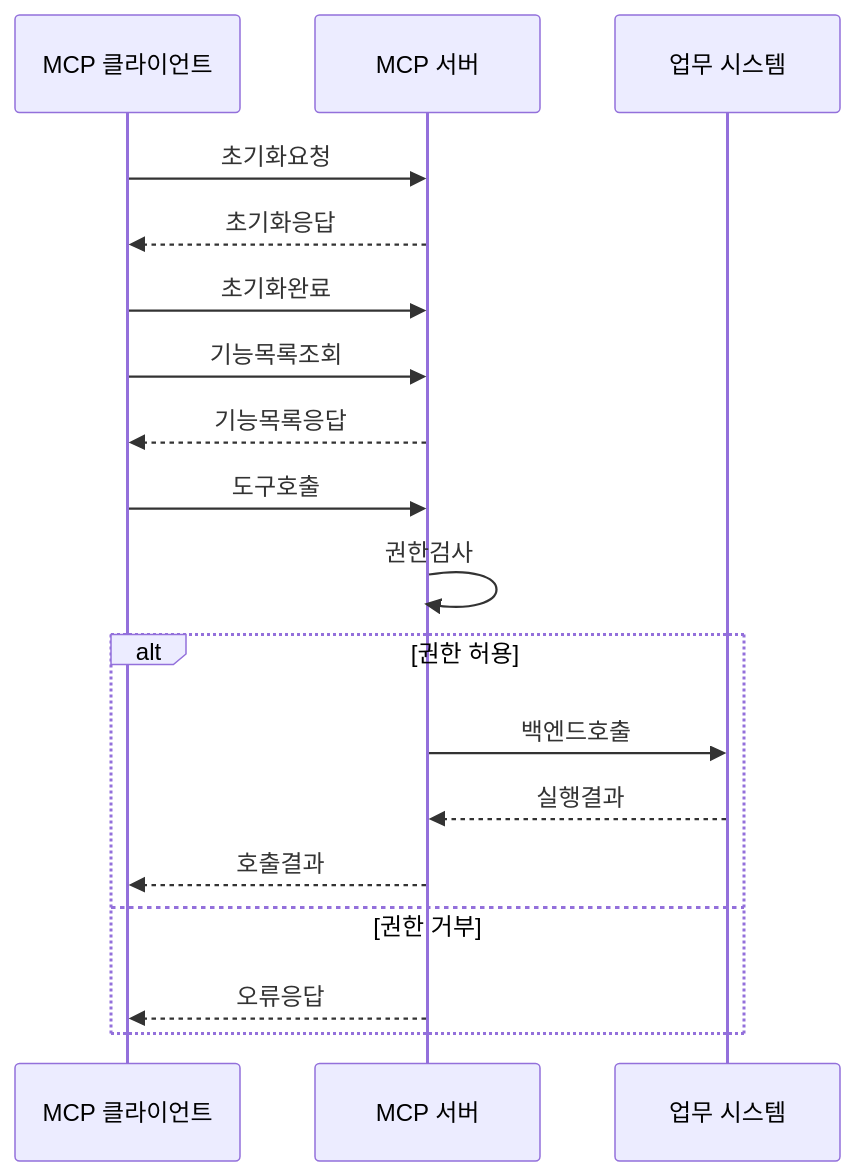
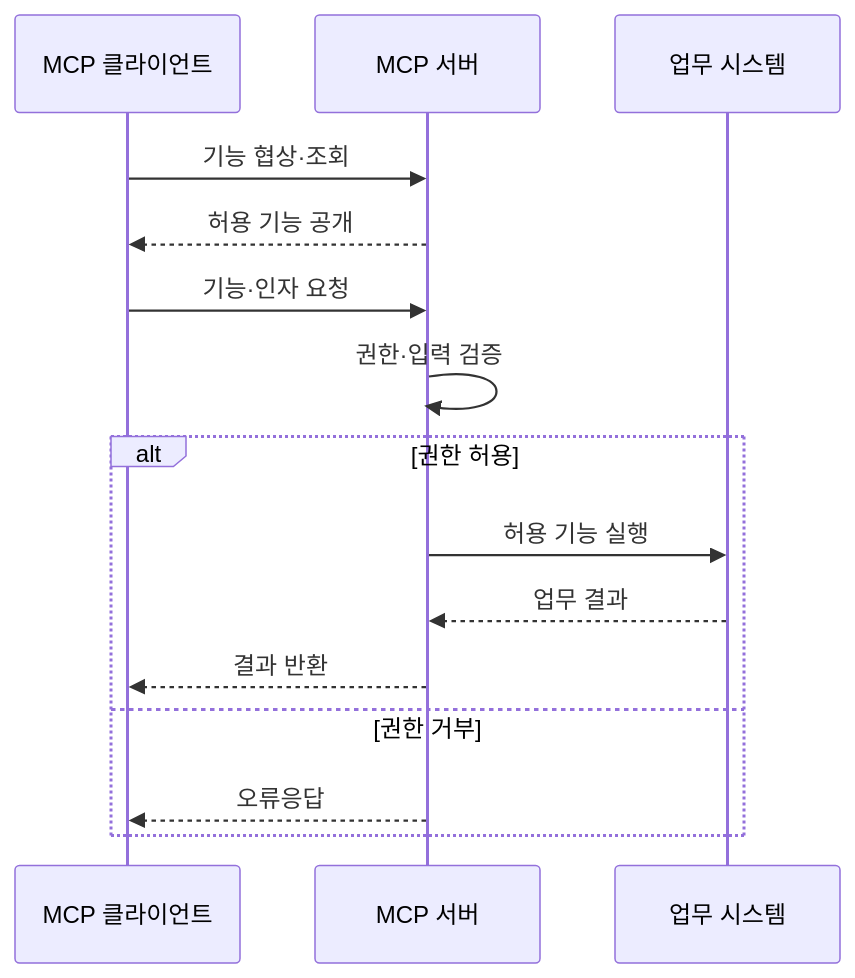
Before and after one commit to agnusdei1207/knowledge-base: the second of 2 diagrams in src/content/docs/notes/08-latest-tech/007_mcp_server.md, drawn with Mermaid. The commit also changed other lines of this file and 9 other files, not shown here.

````diff
--- a/src/content/docs/notes/08-latest-tech/007_mcp_server.md
+++ b/src/content/docs/notes/08-latest-tech/007_mcp_server.md
@@ -83,20 +83,17 @@
 ```mermaid
 sequenceDiagram
     participant C as MCP 클라이언트
     participant S as MCP 서버
     participant B as 업무 시스템
-    C->>S: 초기화요청
-    S-->>C: 초기화응답
-    C->>S: 초기화완료
-    C->>S: 기능목록조회
-    S-->>C: 기능목록응답
-    C->>S: 도구호출
-    S->>S: 권한검사
+    C->>S: 기능 협상·조회
+    S-->>C: 허용 기능 공개
+    C->>S: 기능·인자 요청
+    S->>S: 권한·입력 검증
     alt 권한 허용
-        S->>B: 백엔드호출
-        B-->>S: 실행결과
-        S-->>C: 호출결과
+        S->>B: 허용 기능 실행
+        B-->>S: 업무 결과
+        S-->>C: 결과 반환
     else 권한 거부
         S-->>C: 오류응답
     end
 ```
````
